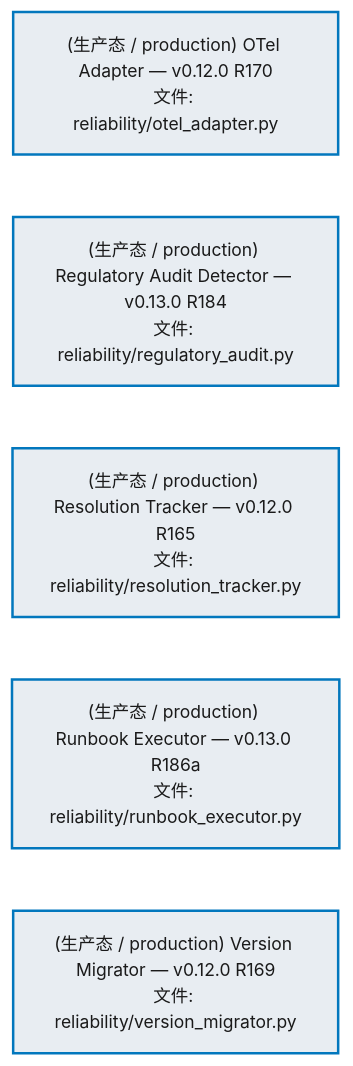
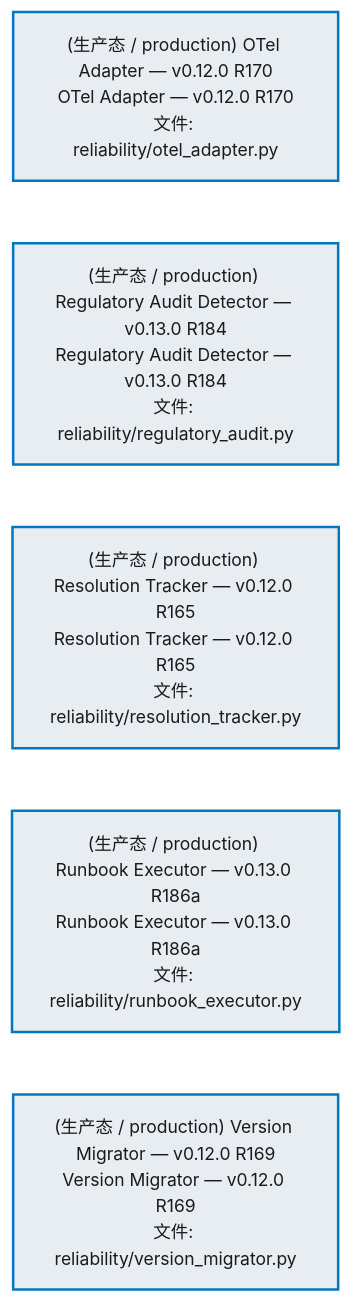
One commit to xuanFelixVan/ZephyrAlpha changed the third of 5 diagrams in docs/02_enterprise_architecture/02_domain_architecture_docs/15_d_fbl_detectors.md. Above: the diagram before and after it, drawn with Mermaid. The commit also changed other lines of this file and 80 other files, not shown here.

````diff
--- a/docs/02_enterprise_architecture/02_domain_architecture_docs/15_d_fbl_detectors.md
+++ b/docs/02_enterprise_architecture/02_domain_architecture_docs/15_d_fbl_detectors.md
@@ -281,18 +283,18 @@
 ```mermaid
 %%{init: {'theme': 'base', 'themeVariables': {'primaryColor': '#eaeaea', 'primaryTextColor': '#333333', 'primaryBorderColor': '#666666', 'lineColor': '#666666', 'secondaryColor': '#eaeaea', 'tertiaryColor': '#eaeaea', 'fontSize': '14px'}}}%%
 flowchart TD
-    src_zephyr_feedback_loop_detectors_reliability_otel_adapter_py["(生产态 / production) OTel Adapter — v0.12.0 R170<br/>文件: reliability/otel_adapter.py"]
-    src_zephyr_feedback_loop_detectors_reliability_regulatory_audit_py["(生产态 / production) Regulatory Audit Detector — v0.13.0 R184<br/>文件: reliability/regulatory_audit.py"]
-    src_zephyr_feedback_loop_detectors_reliability_resolution_tracker_py["(生产态 / production) Resolution Tracker — v0.12.0 R165<br/>文件: reliability/resolution_tracker.py"]
-    src_zephyr_feedback_loop_detectors_reliability_runbook_executor_py["(生产态 / production) Runbook Executor — v0.13.0 R186a<br/>文件: reliability/runbook_executor.py"]
-    src_zephyr_feedback_loop_detectors_reliability_version_migrator_py["(生产态 / production) Version Migrator — v0.12.0 R169<br/>文件: reliability/version_migrator.py"]
+    src_zephyr_feedback_loop_detectors_reliability_otel_adapter_py["(生产态 / production) OTel Adapter — v0.12.0 R170<br/>OTel Adapter — v0.12.0 R170<br/>文件: reliability/otel_adapter.py"]
+    src_zephyr_feedback_loop_detectors_reliability_regulatory_audit_py["(生产态 / production) Regulatory Audit Detector — v0.13.0 R184<br/>Regulatory Audit Detector — v0.13.0 R184<br/>文件: reliability/regulatory_audit.py"]
+    src_zephyr_feedback_loop_detectors_reliability_resolution_tracker_py["(生产态 / production) Resolution Tracker — v0.12.0 R165<br/>Resolution Tracker — v0.12.0 R165<br/>文件: reliability/resolution_tracker.py"]
+    src_zephyr_feedback_loop_detectors_reliability_runbook_executor_py["(生产态 / production) Runbook Executor — v0.13.0 R186a<br/>Runbook Executor — v0.13.0 R186a<br/>文件: reliability/runbook_executor.py"]
+    src_zephyr_feedback_loop_detectors_reliability_version_migrator_py["(生产态 / production) Version Migrator — v0.12.0 R169<br/>Version Migrator — v0.12.0 R169<br/>文件: reliability/version_migrator.py"]
     src_zephyr_feedback_loop_detectors_reliability_otel_adapter_py ~~~ src_zephyr_feedback_loop_detectors_reliability_regulatory_audit_py
     src_zephyr_feedback_loop_detectors_reliability_regulatory_audit_py ~~~ src_zephyr_feedback_loop_detectors_reliability_resolution_tracker_py
     src_zephyr_feedback_loop_detectors_reliability_resolution_tracker_py ~~~ src_zephyr_feedback_loop_detectors_reliability_runbook_executor_py
     src_zephyr_feedback_loop_detectors_reliability_runbook_executor_py ~~~ src_zephyr_feedback_loop_detectors_reliability_version_migrator_py
     classDef production fill:#e8edf2,stroke:#0277bd,stroke-width:2px,color:#1a1a1a
     classDef design fill:#f0ebe3,stroke:#bf360c,stroke-width:2px,color:#1a1a1a,stroke-dasharray: 5 5
     classDef external_prod fill:#e8efe9,stroke:#1b5e20,stroke-width:1px,color:#1a1a1a
     classDef external_design fill:#efe5ea,stroke:#880e4f,stroke-width:1px,color:#1a1a1a,stroke-dasharray: 5 5
     class src_zephyr_feedback_loop_detectors_reliability_otel_adapter_py,src_zephyr_feedback_loop_detectors_reliability_regulatory_audit_py,src_zephyr_feedback_loop_detectors_reliability_resolution_tracker_py,src_zephyr_feedback_loop_detectors_reliability_runbook_executor_py,src_zephyr_feedback_loop_detectors_reliability_version_migrator_py production
 ```
````
